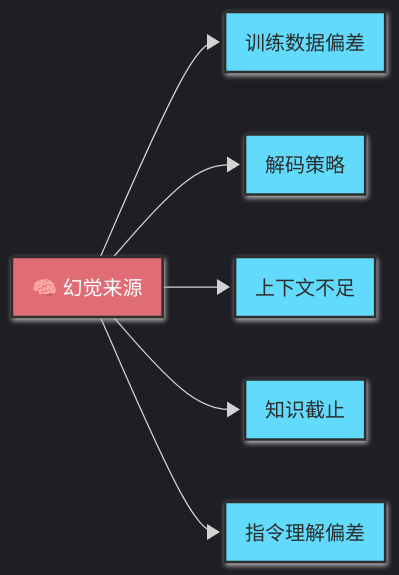
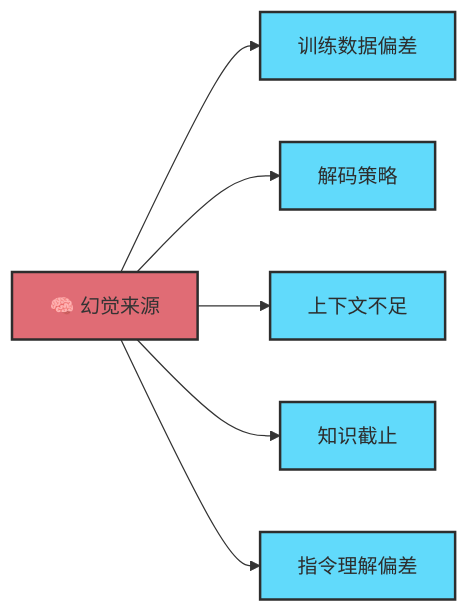
One commit to zht043/AgenticCodingTutorial changed the diagram in docs/topics/topic-llm-hallucination.md. Above: the diagram before and after it, drawn with Mermaid. The commit also changed other lines of this file and 100 other files, not shown here.

````diff
--- a/docs/topics/topic-llm-hallucination.md
+++ b/docs/topics/topic-llm-hallucination.md
@@ -38,16 +38,11 @@
 ```mermaid
----
-config:
-  look: neo
-  theme: dark
----
 flowchart LR
-    classDef source fill:#e06c75,stroke:#2d2d2d,stroke-width:2px,color:#fff
+    classDef source fill:#e06c75,stroke:#2d2d2d,stroke-width:2px
     classDef type fill:#61dafb,stroke:#2d2d2d,stroke-width:2px,color:#2d2d2d
 
     A["🧠 幻觉来源"]:::source --> B["训练数据偏差"]:::type
     A --> C["解码策略"]:::type
     A --> D["上下文不足"]:::type
     A --> E["知识截止"]:::type
     A --> F["指令理解偏差"]:::type
 ```
````
